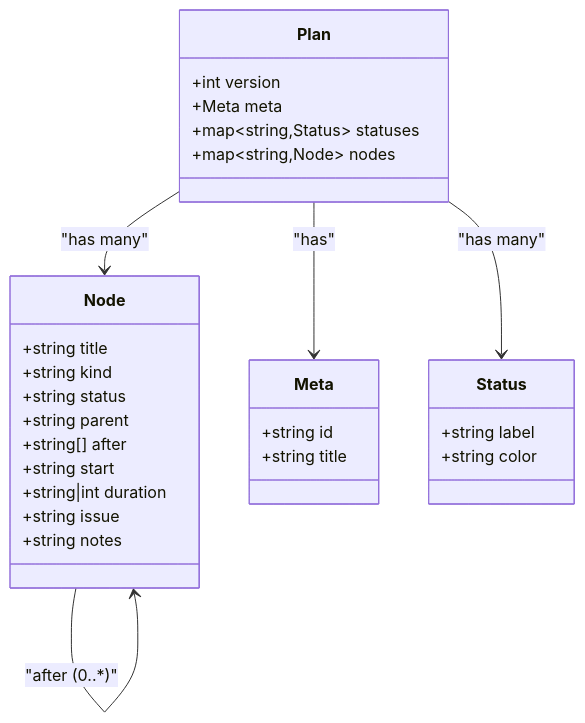
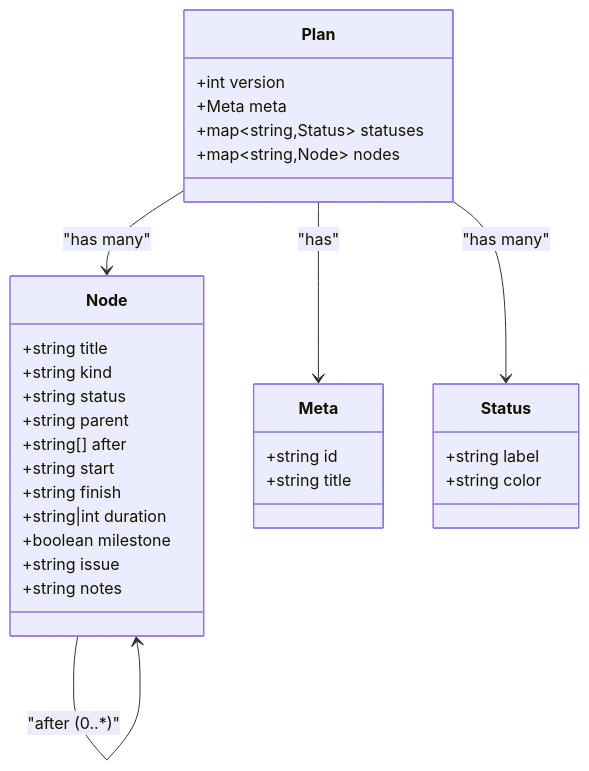
The third of 9 diagrams in .qoder/repowiki/en/content/Specification Reference/Data Models/Data Models.md (asukhodko/opskarta), drawn with Mermaid before and after one commit. The commit also changed other lines of this file and 7 other files, not shown here.

````diff
--- a/.qoder/repowiki/en/content/Specification Reference/Data Models/Data Models.md
+++ b/.qoder/repowiki/en/content/Specification Reference/Data Models/Data Models.md
@@ -239,33 +272,35 @@
 ```mermaid
 classDiagram
 class Node {
 +string title
 +string kind
 +string status
 +string parent
 +string[] after
 +string start
++string finish
 +string|int duration
++boolean milestone
 +string issue
 +string notes
 }
 class Plan {
 +int version
 +Meta meta
 +map~string,Status~ statuses
 +map~string,Node~ nodes
 }
 class Meta {
 +string id
 +string title
 }
 class Status {
 +string label
 +string color
 }
 Plan --> Meta : "has"
 Plan --> Status : "has many"
 Plan --> Node : "has many"
 Node --> Node : "parent (1..1)"
 Node --> Node : "after (0..*)"
 ```
````
